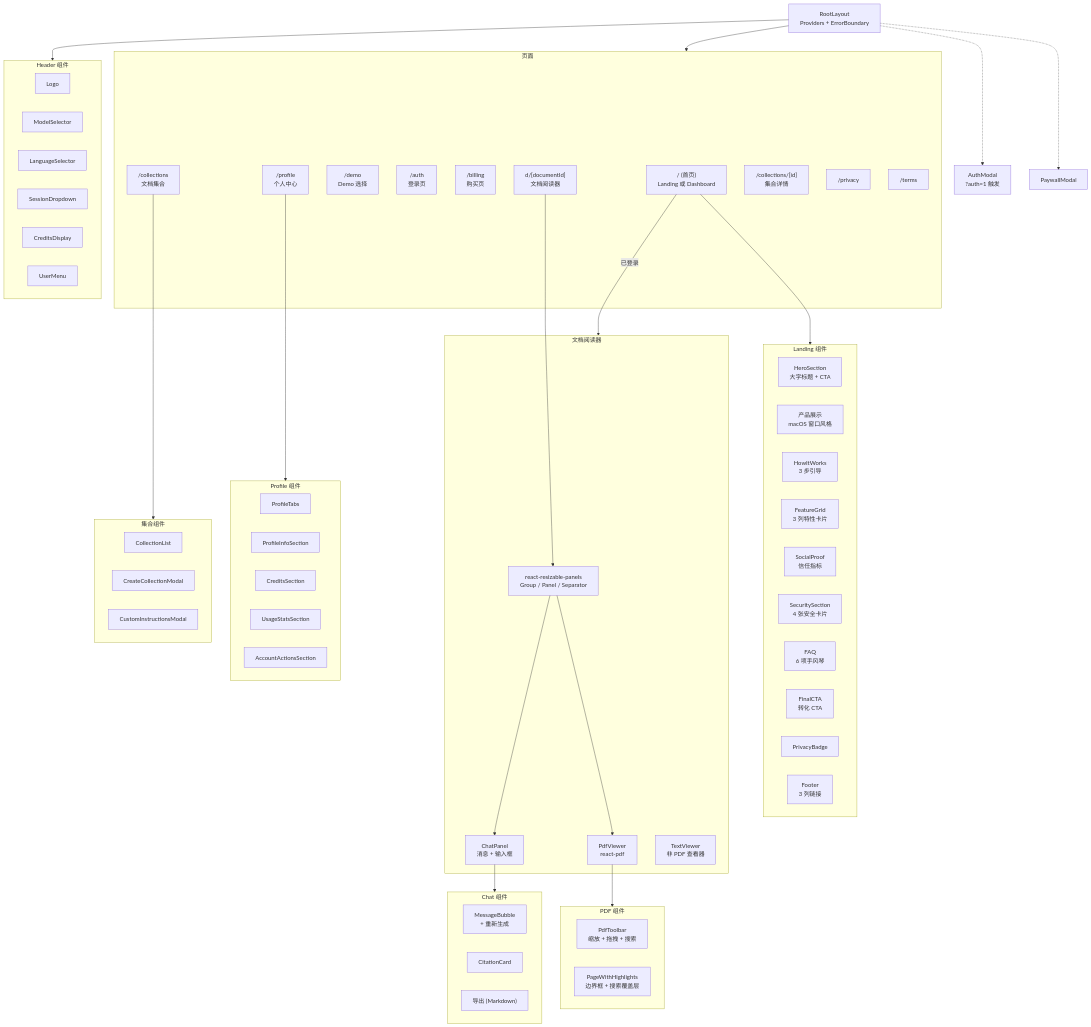
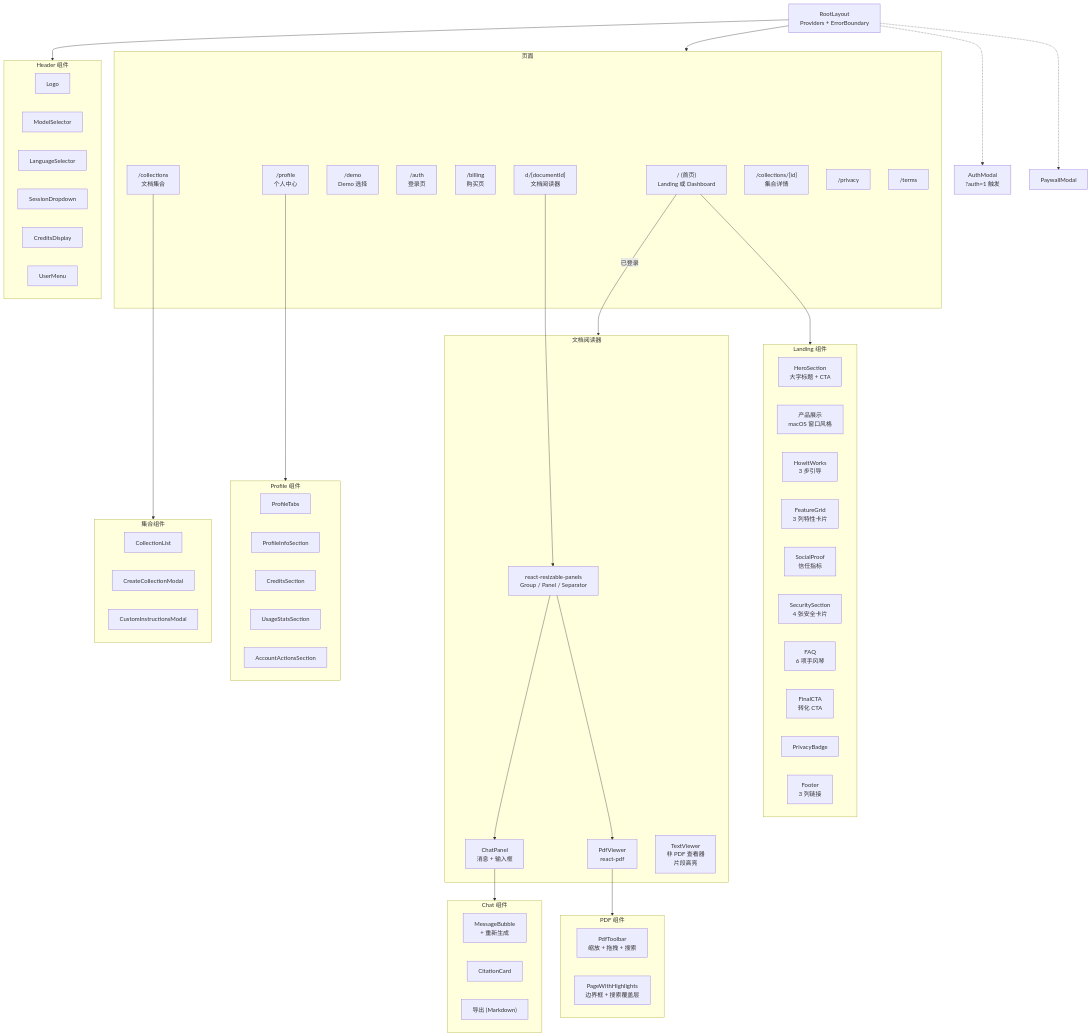
One commit to Rswcf/DocTalk changed the seventh of 8 diagrams in docs/ARCHITECTURE.zh.md. Above: the diagram before and after it, drawn with Mermaid. The commit also changed 4 other files, not shown here.

First line of the commit message:
docs: document TextViewer citation highlight and dual highlight strategy

```diff
--- a/docs/ARCHITECTURE.zh.md
+++ b/docs/ARCHITECTURE.zh.md
@@ -527,7 +527,7 @@
         ResizablePanels["react-resizable-panels<br/>Group / Panel / Separator"]
         ChatPanel["ChatPanel<br/>消息 + 输入框"]
         PdfViewer["PdfViewer<br/>react-pdf"]
-        TextViewer["TextViewer<br/>非 PDF 查看器"]
+        TextViewer["TextViewer<br/>非 PDF 查看器<br/>片段高亮"]
     end
 
     subgraph ChatComp["Chat 组件"]
```
